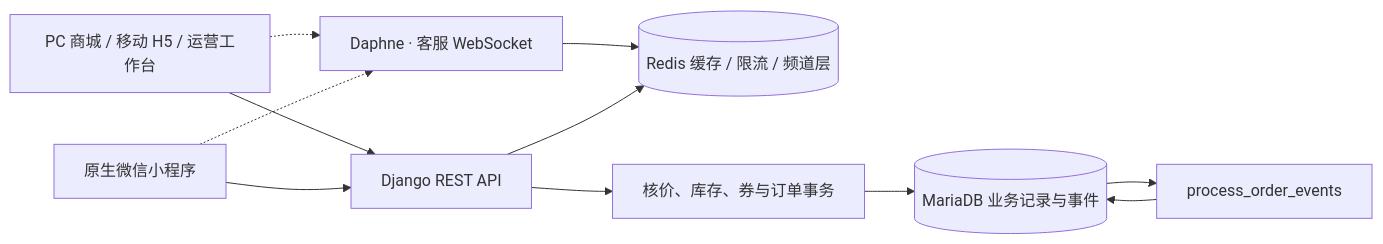
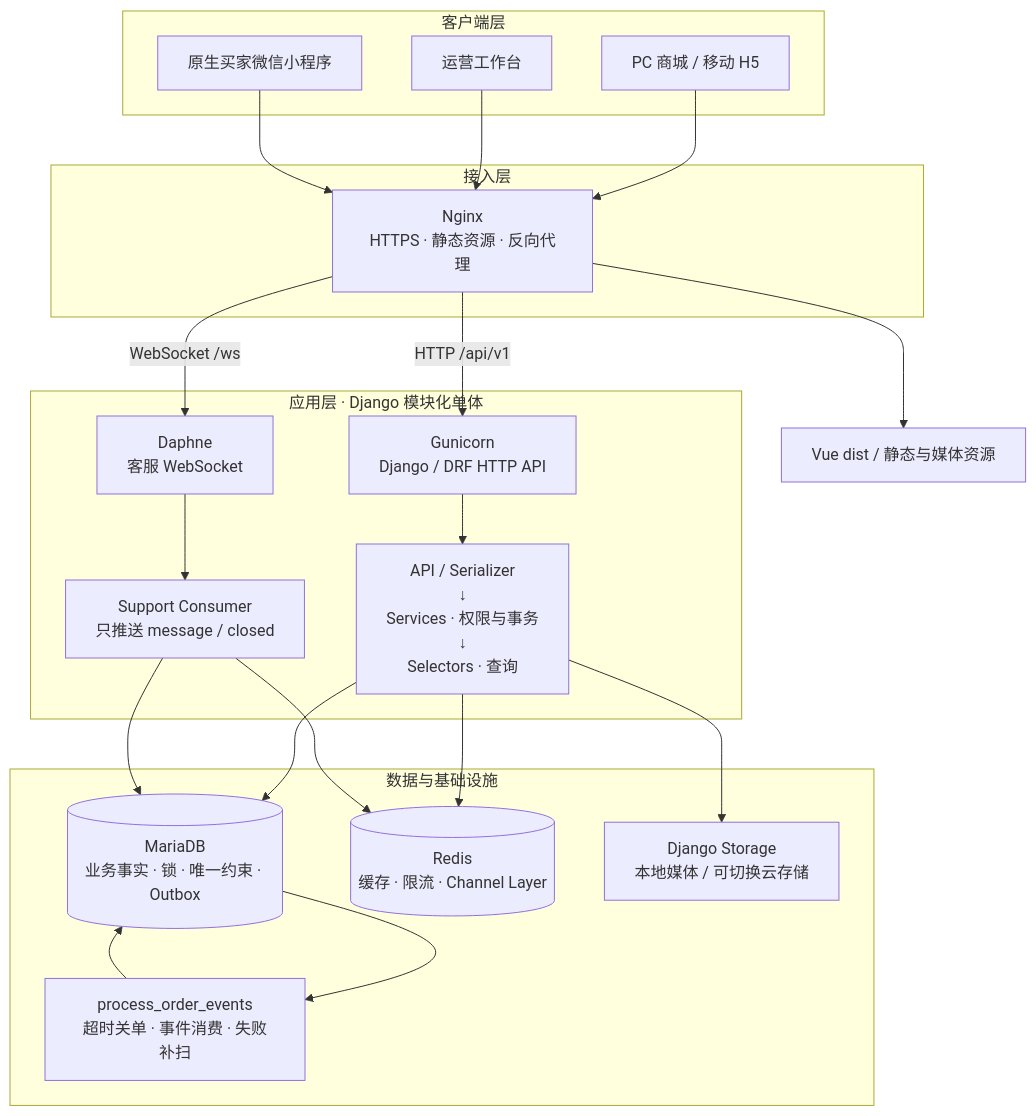
Before and after one commit to maoyadongsh/siq-mall-platform: the first of 2 diagrams in README.md, drawn with Mermaid. The commit also changed other lines of this file, not shown here.

````diff
--- a/README.md
+++ b/README.md
@@ -34,13 +64,42 @@
 ```mermaid
-flowchart LR
-    Web["PC 商城 / 移动 H5 / 运营工作台"] --> API["Django REST API"]
-    Mini["原生微信小程序"] --> API
-    Web -.-> WS["Daphne · 客服 WebSocket"]
-    Mini -.-> WS
-    WS --> Cache[("Redis 缓存 / 限流 / 频道层")]
-    API --> Trade["核价、库存、券与订单事务"]
-    Trade --> DB[("MariaDB 业务记录与事件")]
-    API --> Cache
-    DB --> Scan["process_order_events"]
-    Scan --> DB
+flowchart TB
+    subgraph Clients["客户端层"]
+        Web["PC 商城 / 移动 H5"]
+        Ops["运营工作台"]
+        Mini["原生买家微信小程序"]
+    end
+
+    subgraph Access["接入层"]
+        Nginx["Nginx<br/>HTTPS · 静态资源 · 反向代理"]
+    end
+
+    subgraph Application["应用层 · Django 模块化单体"]
+        Gunicorn["Gunicorn<br/>Django / DRF HTTP API"]
+        Daphne["Daphne<br/>客服 WebSocket"]
+        Services["API / Serializer<br/>↓<br/>Services · 权限与事务<br/>↓<br/>Selectors · 查询"]
+        Consumer["Support Consumer<br/>只推送 message / closed"]
+        Gunicorn --> Services
+        Daphne --> Consumer
+    end
+
+    subgraph Data["数据与基础设施"]
+        DB[("MariaDB<br/>业务事实 · 锁 · 唯一约束 · Outbox")]
+        Redis[("Redis<br/>缓存 · 限流 · Channel Layer")]
+        Storage["Django Storage<br/>本地媒体 / 可切换云存储"]
+        Worker["process_order_events<br/>超时关单 · 事件消费 · 失败补扫"]
+    end
+
+    Web --> Nginx
+    Ops --> Nginx
+    Mini --> Nginx
+    Nginx -->|"HTTP /api/v1"| Gunicorn
+    Nginx -->|"WebSocket /ws"| Daphne
+    Nginx --> Static["Vue dist / 静态与媒体资源"]
+    Services --> DB
+    Services --> Redis
+    Services --> Storage
+    Consumer --> Redis
+    Consumer --> DB
+    DB --> Worker
+    Worker --> DB
 ```
````
